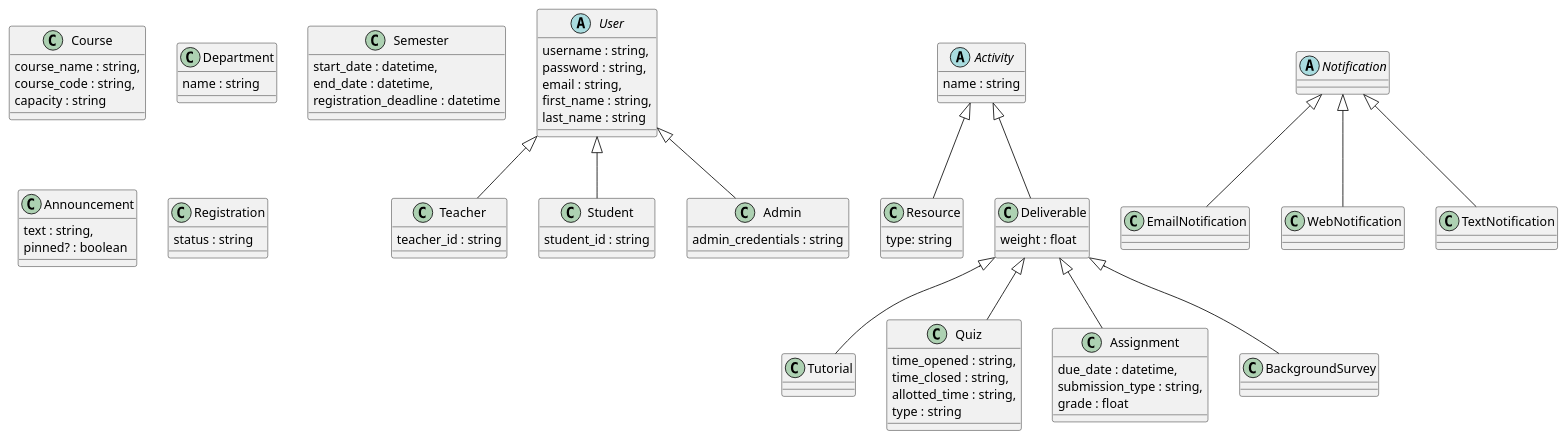
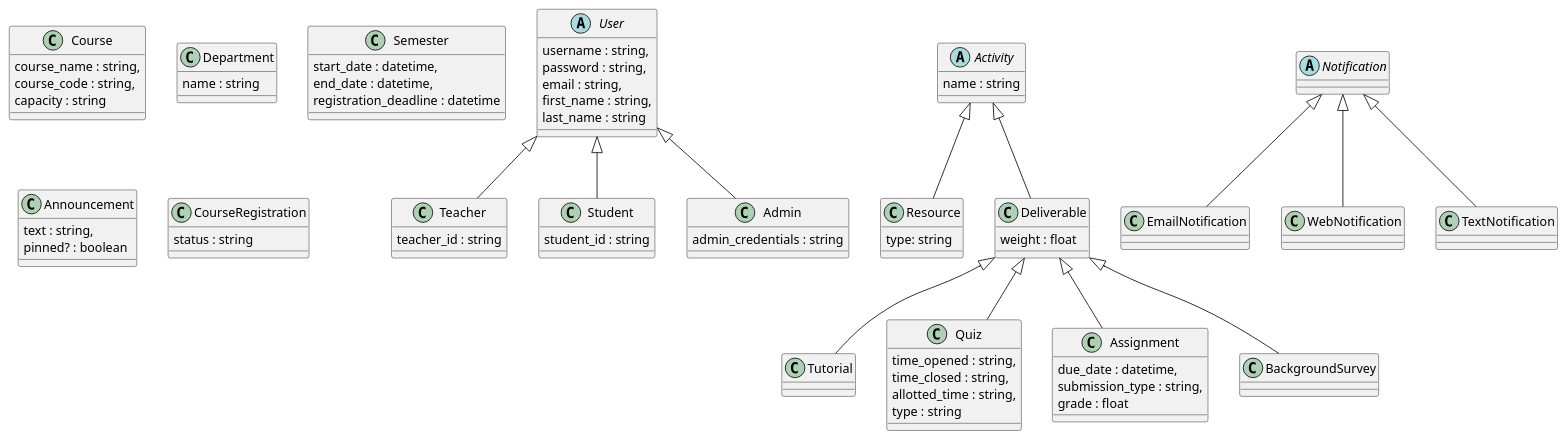
The diagram in docs/class_diagram.puml (will-r-wang/CMSLearn-Course-Management-System), drawn with PlantUML before and after one commit. The commit also changed 6 other files, not shown here.

First line of the commit message:
[Refactoring] Rename registration to course_registration

```diff
--- a/docs/class_diagram.puml
+++ b/docs/class_diagram.puml
@@ -1,93 +1,93 @@
 @startuml
 abstract class User {
   username : string,
   password : string,
   email : string,
   first_name : string,
   last_name : string
 }
 
 class Teacher {
   teacher_id : string
 }
 
 class Student {
   student_id : string
 }
 
 class Admin {
   admin_credentials : string
 }
 
 class Course {
   course_name : string,
   course_code : string,
   capacity : string
 }
 
 class Department {
   name : string
 }
 
 class Semester {
   start_date : datetime,
   end_date : datetime,
   registration_deadline : datetime
 }
 
 abstract class Activity {
   name : string
 }
 
 class Resource {
   type: string
 }
 
 abstract class Deliverable {
   weight : float
 }
 
 class Tutorial
 class Quiz {
   time_opened : string,
   time_closed : string,
   allotted_time : string,
   type : string
 }
 
 class Assignment {
   due_date : datetime,
   submission_type : string,
   grade : float
 }
 
 class BackgroundSurvey
 
 class Announcement {
   text : string,
   pinned? : boolean
 }
 
-class Registration {
+class CourseRegistration {
   status : string
 }
 
 abstract class Notification
 class EmailNotification
 class WebNotification
 class TextNotification
 
 class Teacher extends User
 class Student extends User
 class Admin extends User
 class Resource extends Activity
 class Deliverable extends Activity
 class Tutorial extends Deliverable
 class Quiz extends Deliverable
 class Assignment extends Deliverable
 class BackgroundSurvey extends Deliverable
 class EmailNotification extends Notification
 class WebNotification extends Notification
 class TextNotification extends Notification
 
 @enduml
```
